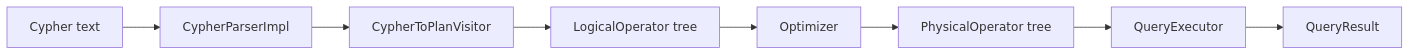
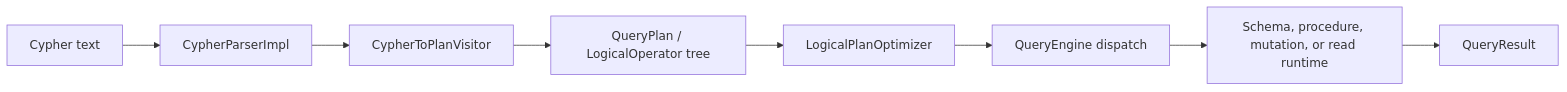
One commit to nexepic/zyx changed the diagram in docs/apps/docs/content/docs/en/zyx/architecture/query-engine.mdx. Above: the diagram before and after it, drawn with Mermaid. The commit also changed other lines of this file and 1349 other files, not shown here.

First line of the commit message:
Retire legacy storage and harden native graph persistence

````diff
--- a/docs/apps/docs/content/docs/en/zyx/architecture/query-engine.mdx
+++ b/docs/apps/docs/content/docs/en/zyx/architecture/query-engine.mdx
@@ -18,10 +18,10 @@
 ```mermaid
 graph LR
     A["Cypher text"] --> B["CypherParserImpl"]
     B --> C["CypherToPlanVisitor"]
-    C --> D["LogicalOperator tree"]
-    D --> E["Optimizer"]
-    E --> F["PhysicalOperator tree"]
-    F --> G["QueryExecutor"]
+    C --> D["QueryPlan / LogicalOperator tree"]
+    D --> E["LogicalPlanOptimizer"]
+    E --> F["QueryEngine dispatch"]
+    F --> G["Schema, procedure, mutation, or read runtime"]
     G --> H["QueryResult"]
 ```
````
